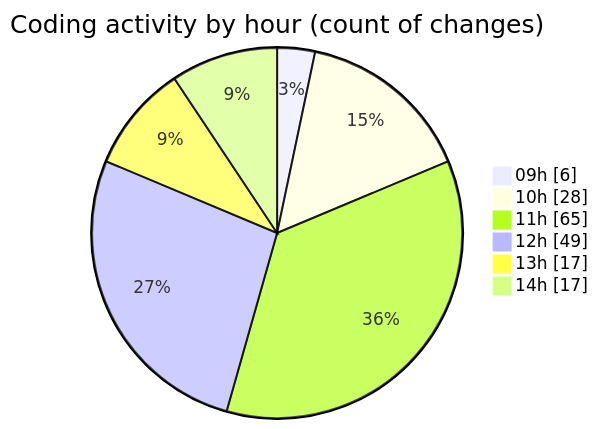
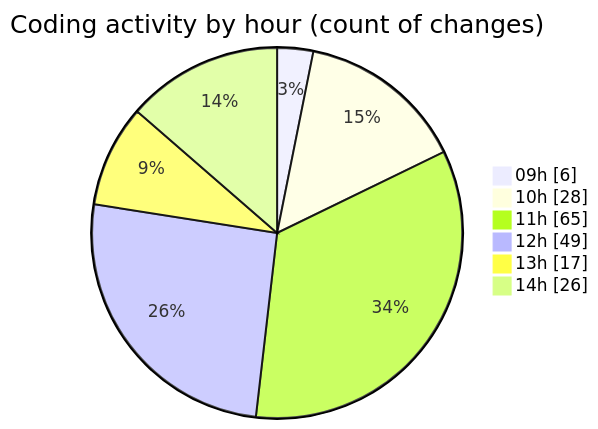
The second of 2 diagrams in 2025-03-27/cda/README.md (momahboobian/code-tracking), drawn with Mermaid before and after one commit. The commit also changed other lines of this file and 1 other file, not shown here.

````diff
--- a/2025-03-27/cda/README.md
+++ b/2025-03-27/cda/README.md
@@ -30,10 +30,10 @@
 ```mermaid
 pie showData
 title Coding activity by hour (count of changes)
 "09h" : 6
 "10h" : 28
 "11h" : 65
 "12h" : 49
 "13h" : 17
-"14h" : 17
+"14h" : 26
 ```
````
